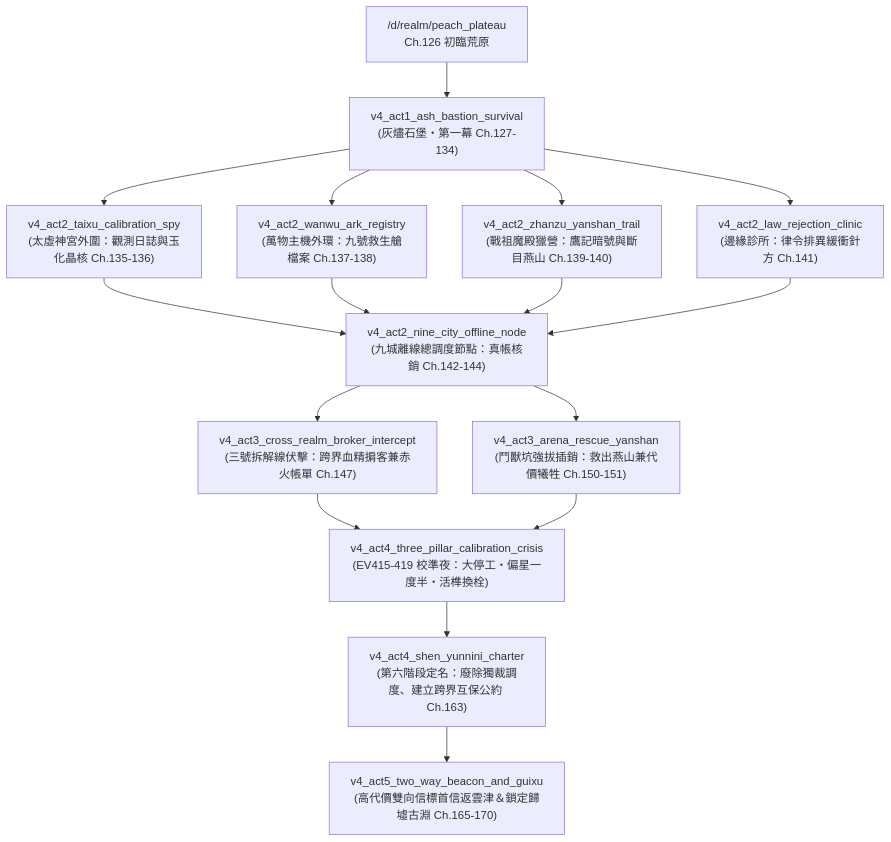
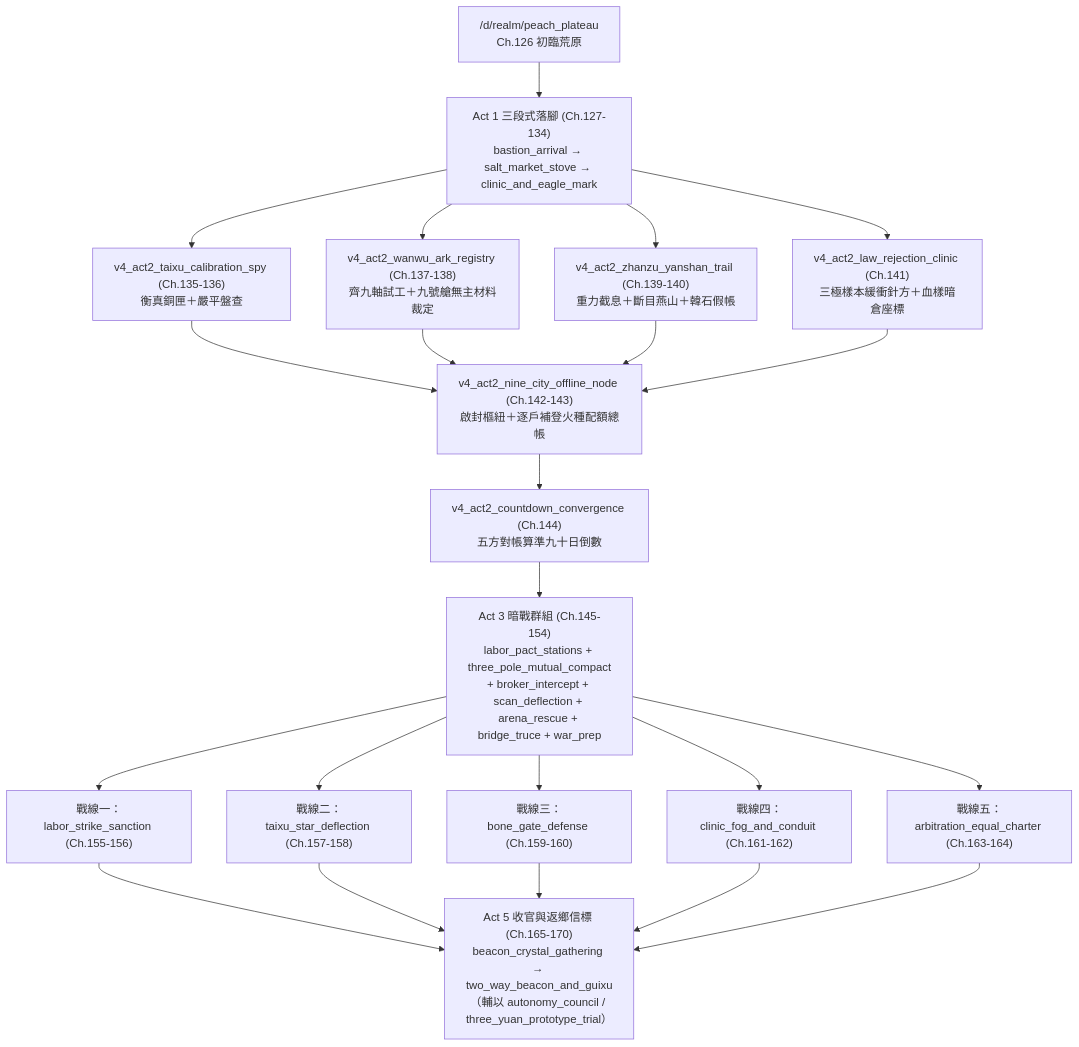
One commit to wade-fs/mudscript changed the diagram in forgotten-space/narrative/docs/tier3_quest_network.md. Above: the diagram before and after it, drawn with Mermaid. The commit also changed other lines of this file and 15 other files, not shown here.

Commit message:
feat(tier3): complete Phase 6 Step 3 foundation (K*U, beacon, calibration event)

````diff
--- a/forgotten-space/narrative/docs/tier3_quest_network.md
+++ b/forgotten-space/narrative/docs/tier3_quest_network.md
@@ -21,14 +23,17 @@
 ```mermaid
 flowchart TD
-  S0["/d/realm/peach_plateau<br/>Ch.126 初臨荒原"] --> A1["v4_act1_ash_bastion_survival<br/>(灰燼石堡・第一幕 Ch.127-134)"]
-  A1 --> B1["v4_act2_taixu_calibration_spy<br/>(太虛神宮外圍：觀測日誌與玉化晶核 Ch.135-136)"]
-  A1 --> B2["v4_act2_wanwu_ark_registry<br/>(萬物主機外環：九號救生艙檔案 Ch.137-138)"]
-  A1 --> B3["v4_act2_zhanzu_yanshan_trail<br/>(戰祖魔殿獵營：鷹記暗號與斷目燕山 Ch.139-140)"]
-  A1 --> B4["v4_act2_law_rejection_clinic<br/>(邊緣診所：律令排異緩衝針方 Ch.141)"]
-  B1 & B2 & B3 & B4 --> C1["v4_act2_nine_city_offline_node<br/>(九城離線總調度節點：真帳核銷 Ch.142-144)"]
-  C1 --> D1["v4_act3_cross_realm_broker_intercept<br/>(三號拆解線伏擊：跨界血精掮客兼赤火帳單 Ch.147)"]
-  C1 --> D2["v4_act3_arena_rescue_yanshan<br/>(鬥獸坑強拔插銷：救出燕山兼代價犧牲 Ch.150-151)"]
-  D1 & D2 --> E1["v4_act4_three_pillar_calibration_crisis<br/>(EV415-419 校準夜：大停工・偏星一度半・活榫換栓)"]
-  E1 --> E2["v4_act4_shen_yunnini_charter<br/>(第六階段定名：廢除獨裁調度、建立跨界互保公約 Ch.163)"]
-  E2 --> F1["v4_act5_two_way_beacon_and_guixu<br/>(高代價雙向信標首信返雲津＆鎖定歸墟古淵 Ch.165-170)"]
+  S0["/d/realm/peach_plateau<br/>Ch.126 初臨荒原"] --> A1["Act 1 三段式落腳 (Ch.127-134)<br/>bastion_arrival → salt_market_stove → clinic_and_eagle_mark"]
+  A1 --> B1["v4_act2_taixu_calibration_spy (Ch.135-136)<br/>衡真銅匣＋嚴平盤查"]
+  A1 --> B2["v4_act2_wanwu_ark_registry (Ch.137-138)<br/>齊九軸試工＋九號艙無主材料裁定"]
+  A1 --> B3["v4_act2_zhanzu_yanshan_trail (Ch.139-140)<br/>重力截息＋斷目燕山＋韓石假帳"]
+  A1 --> B4["v4_act2_law_rejection_clinic (Ch.141)<br/>三極樣本緩衝針方＋血樣暗倉座標"]
+  B1 & B2 & B3 & B4 --> C1["v4_act2_nine_city_offline_node (Ch.142-143)<br/>啟封樞紐＋逐戶補登火種配額總帳"]
+  C1 --> C2["v4_act2_countdown_convergence (Ch.144)<br/>五方對帳算準九十日倒數"]
+  C2 --> D0["Act 3 暗戰群組 (Ch.145-154)<br/>labor_pact_stations + three_pole_mutual_compact<br/>+ broker_intercept + scan_deflection + arena_rescue + bridge_truce + war_prep"]
+  D0 --> E1["戰線一：labor_strike_sanction (Ch.155-156)"]
+  D0 --> E2["戰線二：taixu_star_deflection (Ch.157-158)"]
+  D0 --> E3["戰線三：bone_gate_defense (Ch.159-160)"]
+  D0 --> E4["戰線四：clinic_fog_and_conduit (Ch.161-162)"]
+  D0 --> E5["戰線五：arbitration_equal_charter (Ch.163-164)"]
+  E1 & E2 & E3 & E4 & E5 --> F0["Act 5 收官與返鄉信標 (Ch.165-170)<br/>beacon_crystal_gathering → two_way_beacon_and_guixu<br/>（輔以 autonomy_council / three_yuan_prototype_trial）"]
 ```
````
